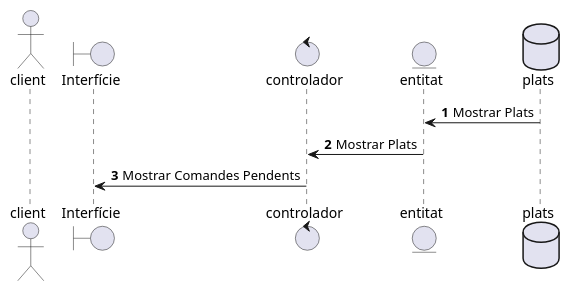
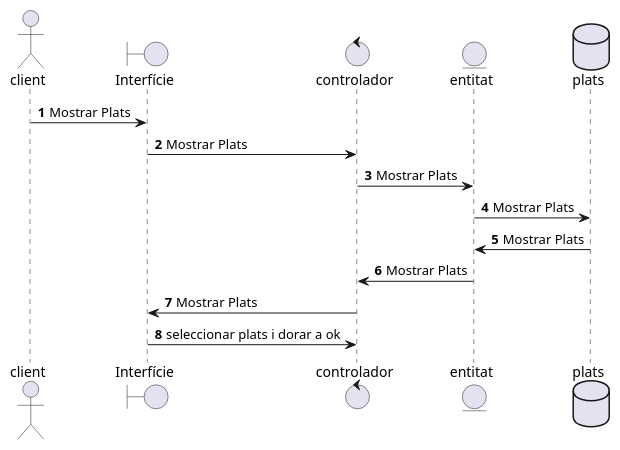
One commit to Isildu/UML2 changed the first of 4 diagrams in src/sistema comandes.puml. Above: the diagram before and after it, drawn with PlantUML. The commit also changed other lines of this file, not shown here.

```diff
--- a/src/sistema comandes.puml
+++ b/src/sistema comandes.puml
@@ -1,15 +1,20 @@
 @startuml
 'https://plantuml.com/sequence-diagram
 
 autonumber
 
 actor client as cli
 boundary "Interfície" as In
 control controlador as con
 entity entitat as en
 database plats as pl
+cli ->  In: Mostrar Plats
+In -> con: Mostrar Plats
+con -> en: Mostrar Plats
+en -> pl: Mostrar Plats
 pl -> en: Mostrar Plats
 en -> con: Mostrar Plats
-con -> In: Mostrar Comandes Pendents
+con -> In: Mostrar Plats
 
+In -> con: seleccionar plats i dorar a ok
 @enduml
```
